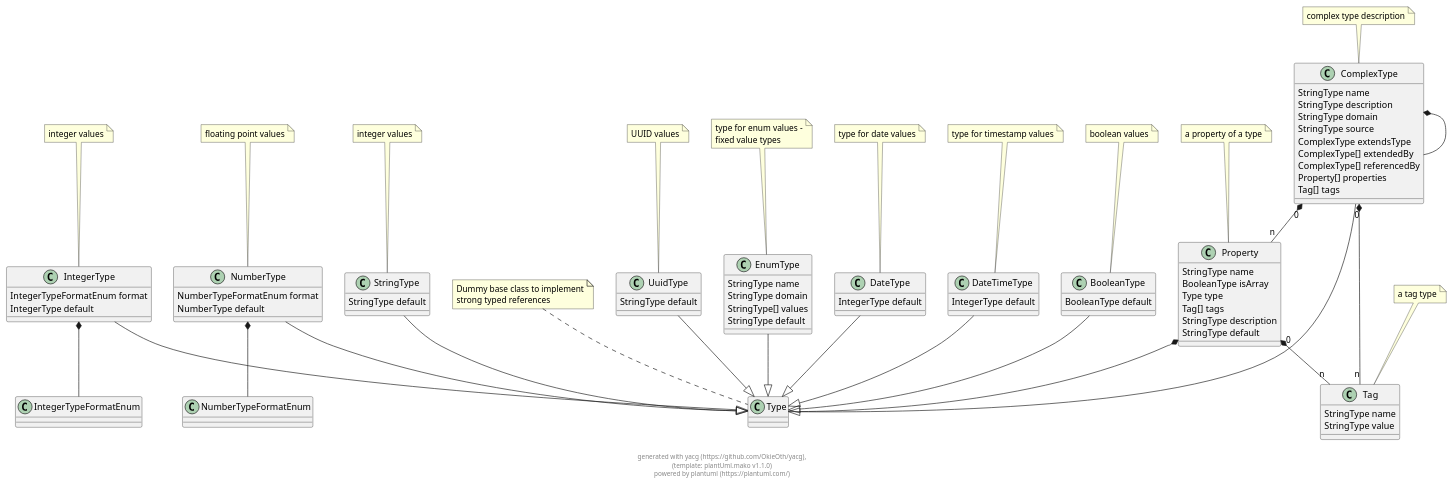
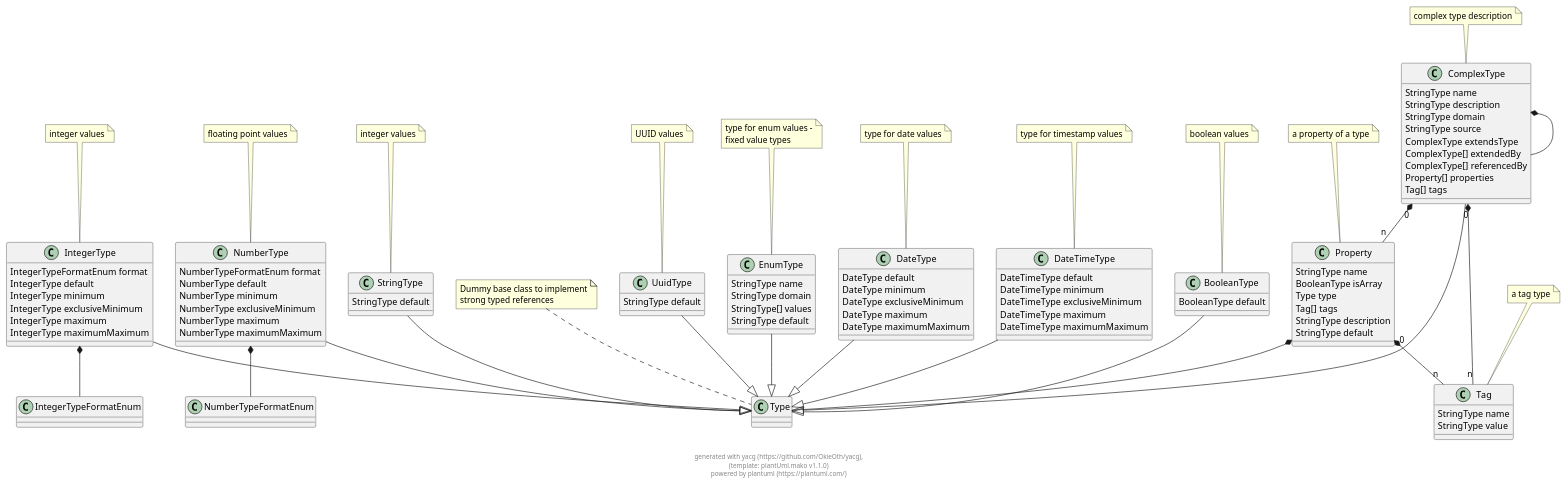
One commit to OkieOth/yacg changed the diagram in docs/puml/yacg_model.puml. Above: the diagram before and after it, drawn with PlantUML. The commit also changed 1 other file, not shown here.

```diff
--- a/docs/puml/yacg_model.puml
+++ b/docs/puml/yacg_model.puml
@@ -2,141 +2,157 @@
 @startuml
 
 class Type {
 }
  
 note top: Dummy base class to implement\nstrong typed references
 
 class IntegerType {
     IntegerTypeFormatEnum format 
     IntegerType default 
+    IntegerType minimum 
+    IntegerType exclusiveMinimum 
+    IntegerType maximum 
+    IntegerType maximumMaximum 
 }
  
 note top: integer values
 
 IntegerType --|> Type
 class IntegerTypeFormatEnum {
 }
  
 
 class NumberType {
     NumberTypeFormatEnum format 
     NumberType default 
+    NumberType minimum 
+    NumberType exclusiveMinimum 
+    NumberType maximum 
+    NumberType maximumMaximum 
 }
  
 note top: floating point values
 
 NumberType --|> Type
 class NumberTypeFormatEnum {
 }
  
 
 class BooleanType {
     BooleanType default 
 }
  
 note top: boolean values
 
 BooleanType --|> Type
 class StringType {
     StringType default 
 }
  
 note top: integer values
 
 StringType --|> Type
 class UuidType {
     StringType default 
 }
  
 note top: UUID values
 
 UuidType --|> Type
 class EnumType {
     StringType name 
     StringType domain 
     StringType[] values 
     StringType default 
 }
  
 note top: type for enum values -\nfixed value types
 
 EnumType --|> Type
 class DateType {
-    IntegerType default 
+    DateType default 
+    DateType minimum 
+    DateType exclusiveMinimum 
+    DateType maximum 
+    DateType maximumMaximum 
 }
  
 note top: type for date values
 
 DateType --|> Type
 class DateTimeType {
-    IntegerType default 
+    DateTimeType default 
+    DateTimeType minimum 
+    DateTimeType exclusiveMinimum 
+    DateTimeType maximum 
+    DateTimeType maximumMaximum 
 }
  
 note top: type for timestamp values
 
 DateTimeType --|> Type
 class ComplexType {
     StringType name 
     StringType description 
     StringType domain 
     StringType source 
     ComplexType extendsType 
     ComplexType[] extendedBy 
     ComplexType[] referencedBy 
     Property[] properties 
     Tag[] tags 
 }
  
 note top: complex type description
 
 ComplexType --|> Type
 class Property {
     StringType name 
     BooleanType isArray 
     Type type 
     Tag[] tags 
     StringType description 
     StringType default 
 }
  
 note top: a property of a type
 
 class Tag {
     StringType name 
     StringType value 
 }
  
 note top: a tag type
 
 
     
     
 IntegerType  *--  IntegerTypeFormatEnum        
             
     
     
 NumberType  *--  NumberTypeFormatEnum        
             
     
     
     
     
     
     
     
     
 ComplexType  *--  ComplexType        
             
 ComplexType "0" *-- "n" Property        
             
 ComplexType "0" *-- "n" Tag        
             
     
 Property  *--  Type        
             
 Property "0" *-- "n" Tag        
             
     
 
 footer \ngenerated with yacg (https://github.com/OkieOth/yacg),\n(template: plantUml.mako v1.1.0)\npowered by plantuml (https://plantuml.com/)
 @enduml
```
